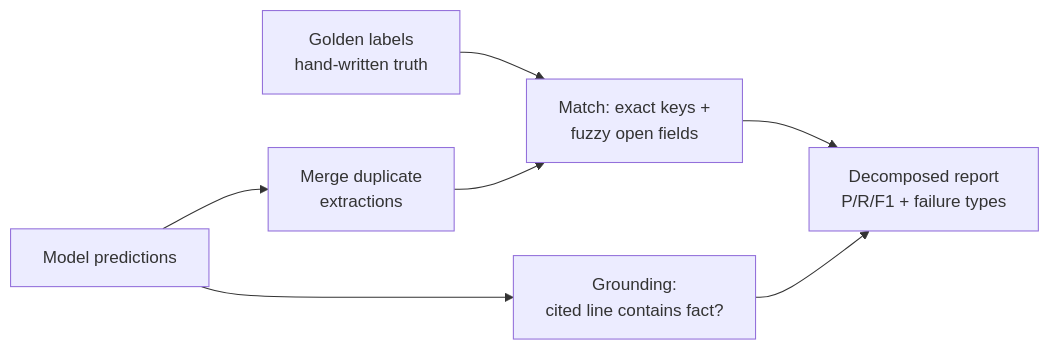
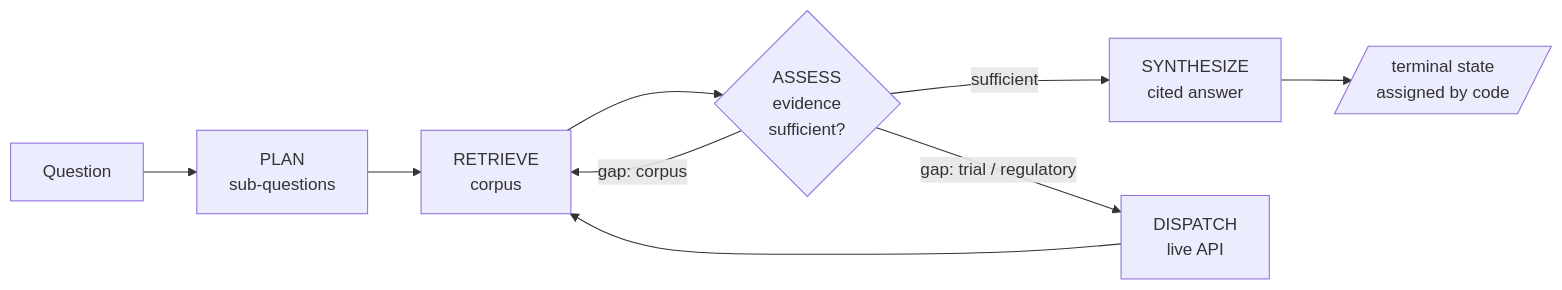
The diagram in docs/EVALUATION_CASE_STUDY.md (Praatyush/pharma-ci-engine), drawn with Mermaid before and after one commit. The commit also changed other lines of this file, not shown here.

````diff
--- a/docs/EVALUATION_CASE_STUDY.md
+++ b/docs/EVALUATION_CASE_STUDY.md
@@ -34,9 +25,11 @@
 ```mermaid
 flowchart LR
-    G[Golden labels<br/>hand-written truth] --> M
-    P[Model predictions] --> C[Merge duplicate<br/>extractions]
-    C --> M[Match: exact keys +<br/>fuzzy open fields]
-    P --> Gr[Grounding:<br/>cited line contains fact?]
-    M --> R[Decomposed report<br/>P/R/F1 + failure types]
-    Gr --> R
+    Q[Question] --> PLAN[PLAN<br/>sub-questions]
+    PLAN --> RET[RETRIEVE<br/>corpus]
+    RET --> ASSESS{ASSESS<br/>evidence<br/>sufficient?}
+    ASSESS -->|sufficient| SYN[SYNTHESIZE<br/>cited answer]
+    ASSESS -->|gap: corpus| RET
+    ASSESS -->|gap: trial / regulatory| TOOL[DISPATCH<br/>live API]
+    TOOL --> RET
+    SYN --> TS[/terminal state<br/>assigned by code/]
 ```
````
